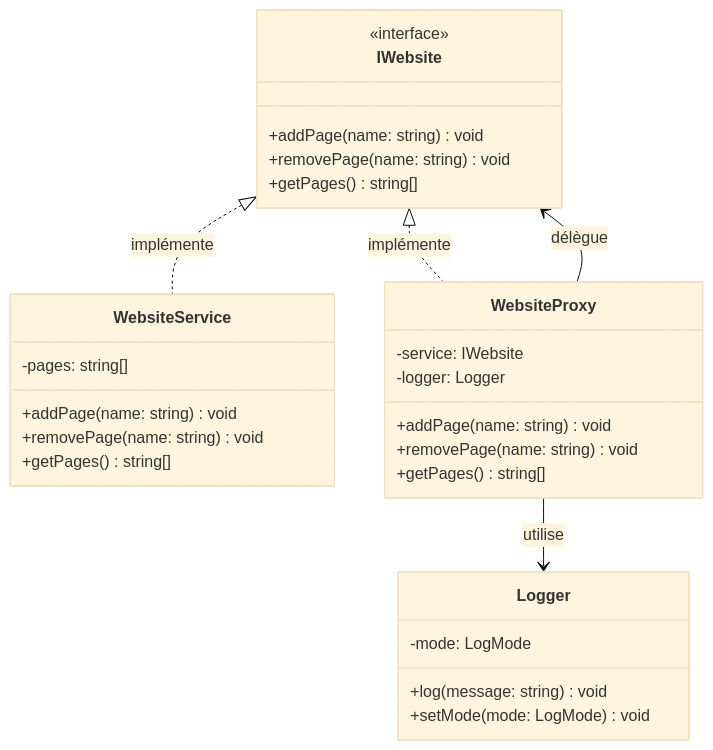
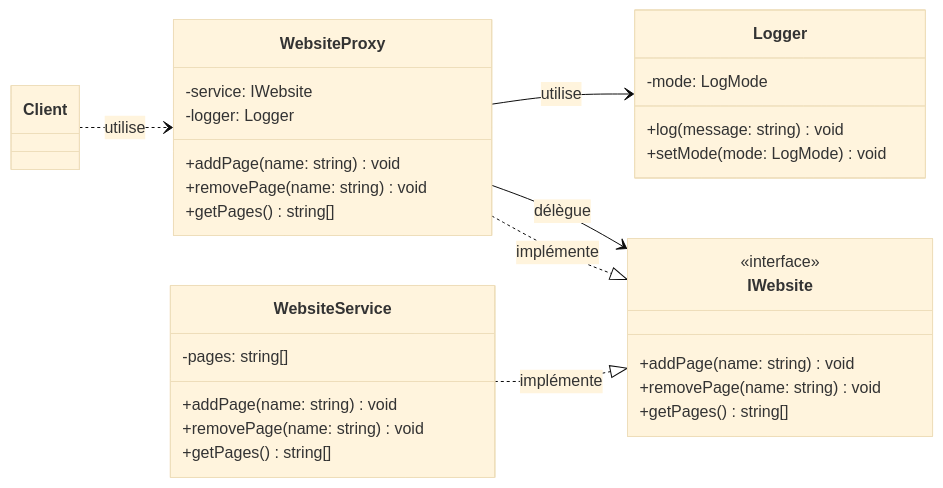
Before and after one commit to anastasiia19c/proxy-logger: the second of 5 diagrams in README.md, drawn with Mermaid (base theme). The commit also changed other lines of this file and 1 other file, not shown here.

Commit message:
ajouterr client diagramme de classes

````diff
--- a/README.md
+++ b/README.md
@@ -115,35 +115,45 @@
 ```mermaid
 classDiagram
+    direction LR
+
+    class Client
+
     class IWebsite {
         <<interface>>
         +addPage(name: string) void
         +removePage(name: string) void
         +getPages() string[]
     }
 
     class WebsiteService {
         -pages: string[]
         +addPage(name: string) void
         +removePage(name: string) void
         +getPages() string[]
     }
 
     class WebsiteProxy {
         -service: IWebsite
         -logger: Logger
         +addPage(name: string) void
         +removePage(name: string) void
         +getPages() string[]
     }
 
     class Logger {
         -mode: LogMode
         +log(message: string) void
         +setMode(mode: LogMode) void
     }
 
-    IWebsite <|.. WebsiteService : implémente
-    IWebsite <|.. WebsiteProxy : implémente
+    %% Le client ne connaît que le proxy, jamais le service réel
+    Client ..> WebsiteProxy : utilise
+
+    %% Le proxy intercepte, journalise puis délègue au service
+    WebsiteProxy --> Logger : utilise
     WebsiteProxy --> IWebsite : délègue
-    WebsiteProxy --> Logger : utilise
+
+    %% Le proxy et le service réel partagent la même interface
+    WebsiteProxy ..|> IWebsite : implémente
+    WebsiteService ..|> IWebsite : implémente
 ```
````
